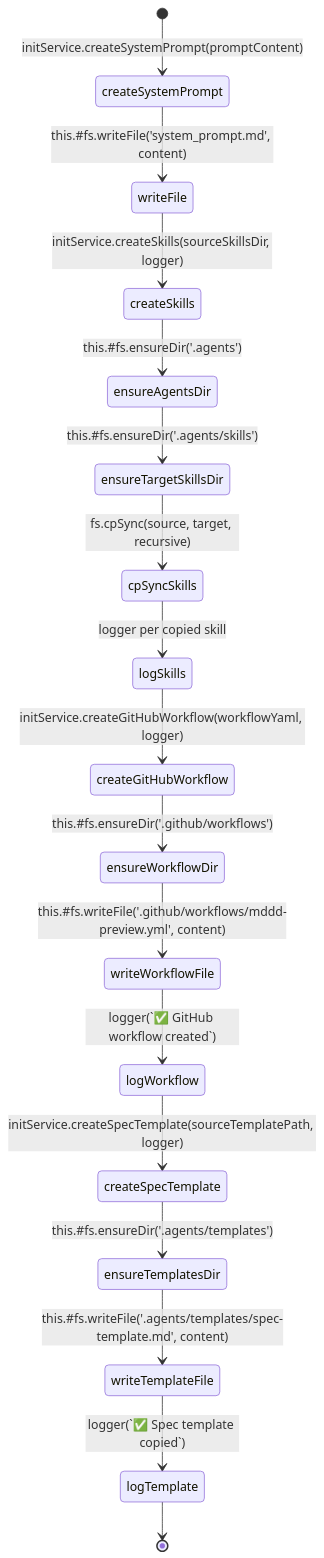
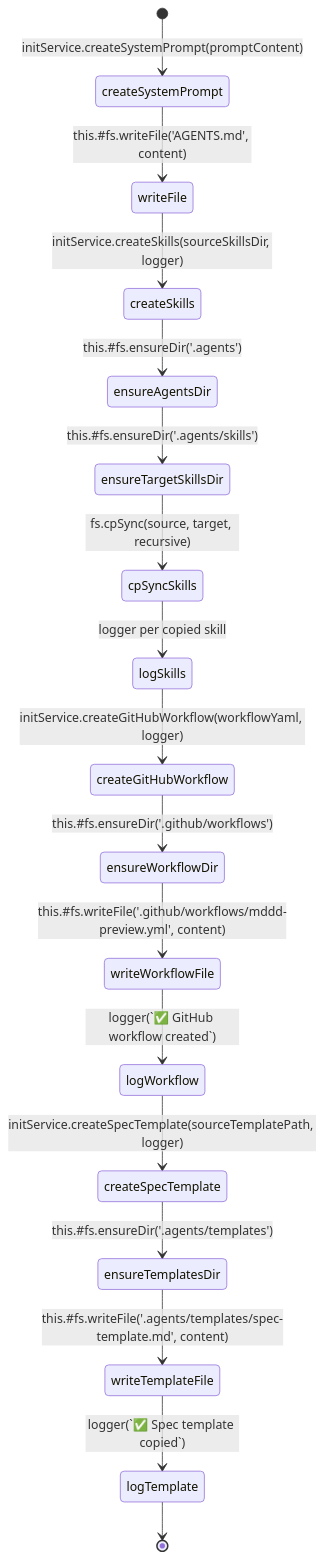
The diagram in src/services/InitService.spec.md (JulioCRFilho/mermaid-diagram-driven-development), drawn with Mermaid before and after one commit. The commit also changed other lines of this file and 7 other files, not shown here.

Commit message:
refactor: rename system_prompt.md to AGENTS.md for better clarity

````diff
--- a/src/services/InitService.spec.md
+++ b/src/services/InitService.spec.md
@@ -15,23 +15,23 @@
 ```mermaid
 %% @spec-version v1.2.0
 stateDiagram-v2
     [*] --> createSystemPrompt: initService.createSystemPrompt(promptContent)
-    createSystemPrompt --> writeFile: this.#fs.writeFile('system_prompt.md', content)
+    createSystemPrompt --> writeFile: this.#fs.writeFile('AGENTS.md', content)
     writeFile --> createSkills: initService.createSkills(sourceSkillsDir, logger)
 
     createSkills --> ensureAgentsDir: this.#fs.ensureDir('.agents')
     ensureAgentsDir --> ensureTargetSkillsDir: this.#fs.ensureDir('.agents/skills')
     ensureTargetSkillsDir --> cpSyncSkills: fs.cpSync(source, target, recursive)
     cpSyncSkills --> logSkills: logger per copied skill
     logSkills --> createGitHubWorkflow: initService.createGitHubWorkflow(workflowYaml, logger)
 
     createGitHubWorkflow --> ensureWorkflowDir: this.#fs.ensureDir('.github/workflows')
     ensureWorkflowDir --> writeWorkflowFile: this.#fs.writeFile('.github/workflows/mddd-preview.yml', content)
     writeWorkflowFile --> logWorkflow: logger(`✅ GitHub workflow created`)
     logWorkflow --> createSpecTemplate: initService.createSpecTemplate(sourceTemplatePath, logger)
 
     createSpecTemplate --> ensureTemplatesDir: this.#fs.ensureDir('.agents/templates')
     ensureTemplatesDir --> writeTemplateFile: this.#fs.writeFile('.agents/templates/spec-template.md', content)
     writeTemplateFile --> logTemplate: logger(`✅ Spec template copied`)
     logTemplate --> [*]
 ```
````
